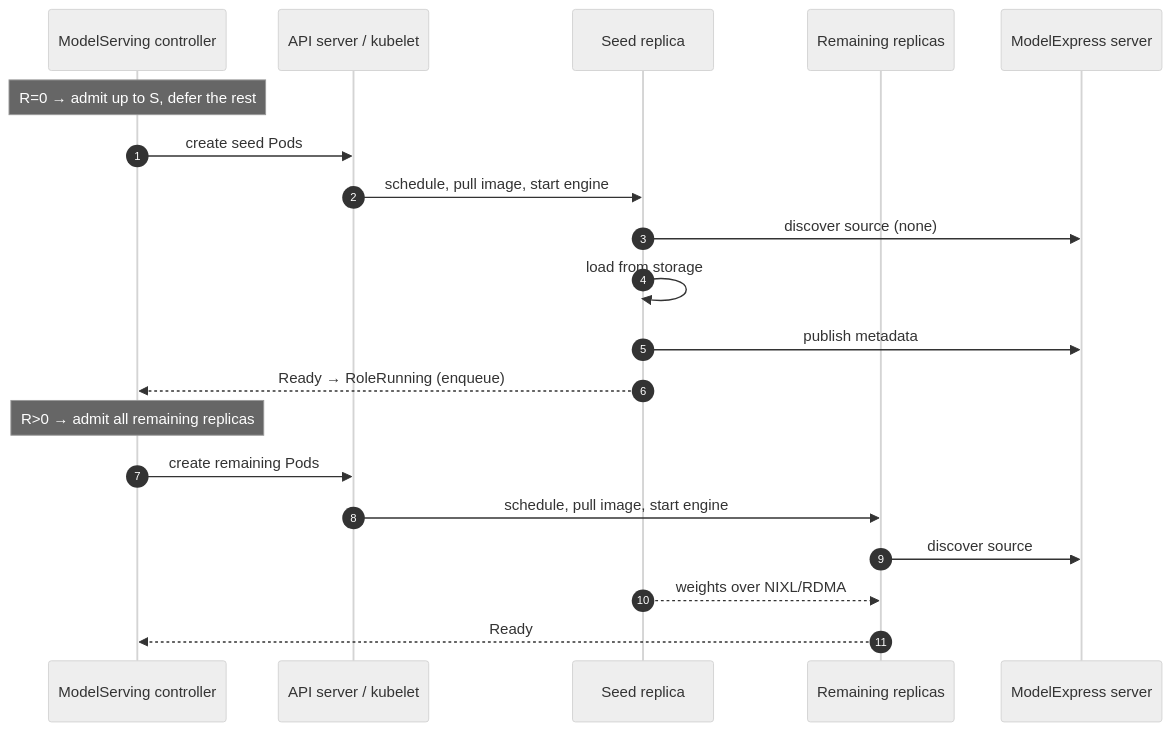
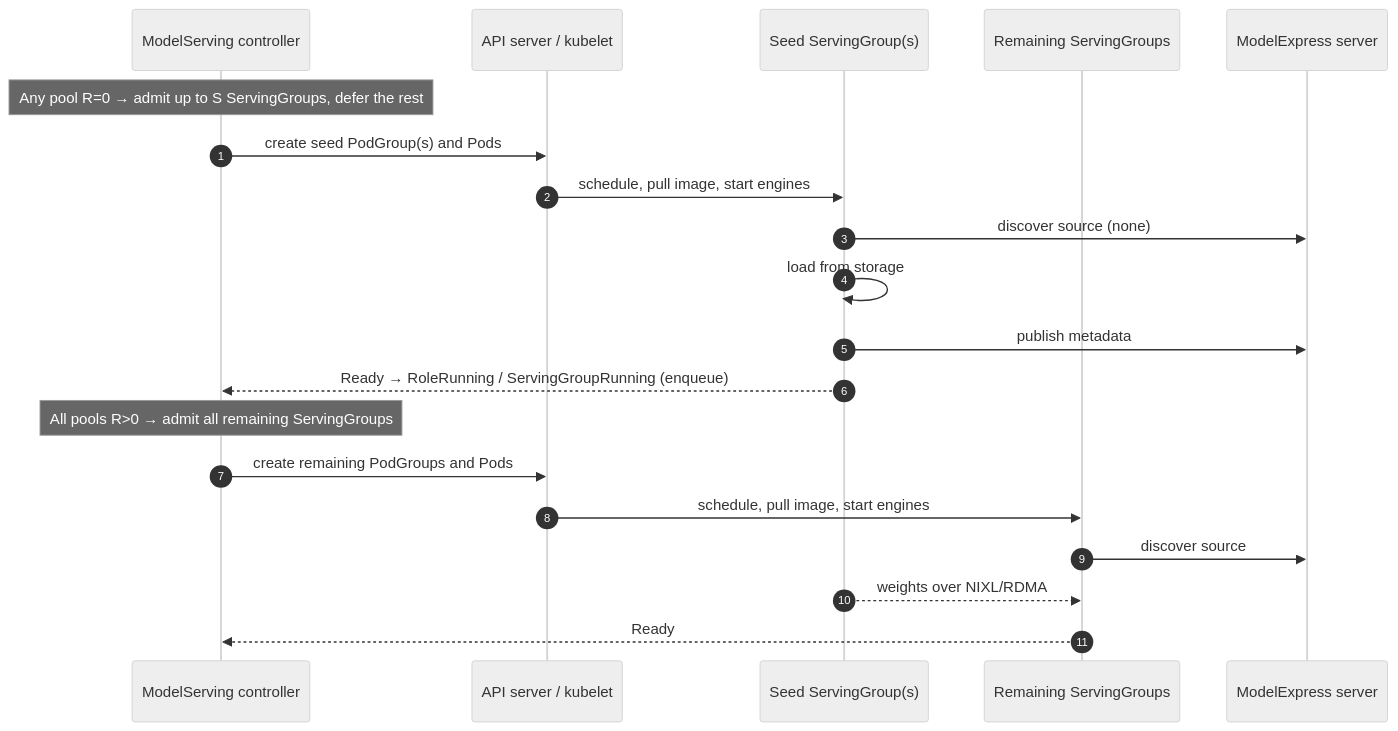
The diagram in docs/proposal/modelserving-modelexpress-startup-acceleration.md (volcano-sh/kthena), drawn with Mermaid (neutral theme) before and after one commit. The commit also changed other lines of this file, not shown here.

````diff
--- a/docs/proposal/modelserving-modelexpress-startup-acceleration.md
+++ b/docs/proposal/modelserving-modelexpress-startup-acceleration.md
@@ -64,23 +71,23 @@
 ```mermaid
 sequenceDiagram
     autonumber
     participant C as ModelServing controller
     participant K as API server / kubelet
-    participant A as Seed replica
-    participant B as Remaining replicas
+    participant A as Seed ServingGroup(s)
+    participant B as Remaining ServingGroups
     participant MX as ModelExpress server
 
-    Note over C: R=0 → admit up to S, defer the rest
-    C->>K: create seed Pods
-    K->>A: schedule, pull image, start engine
+    Note over C: Any pool R=0 → admit up to S ServingGroups, defer the rest
+    C->>K: create seed PodGroup(s) and Pods
+    K->>A: schedule, pull image, start engines
     A->>MX: discover source (none)
     A->>A: load from storage
     A->>MX: publish metadata
-    A-->>C: Ready → RoleRunning (enqueue)
-    Note over C: R>0 → admit all remaining replicas
-    C->>K: create remaining Pods
-    K->>B: schedule, pull image, start engine
+    A-->>C: Ready → RoleRunning / ServingGroupRunning (enqueue)
+    Note over C: All pools R>0 → admit all remaining ServingGroups
+    C->>K: create remaining PodGroups and Pods
+    K->>B: schedule, pull image, start engines
     B->>MX: discover source
     A-->>B: weights over NIXL/RDMA
     B-->>C: Ready
 ```
````
